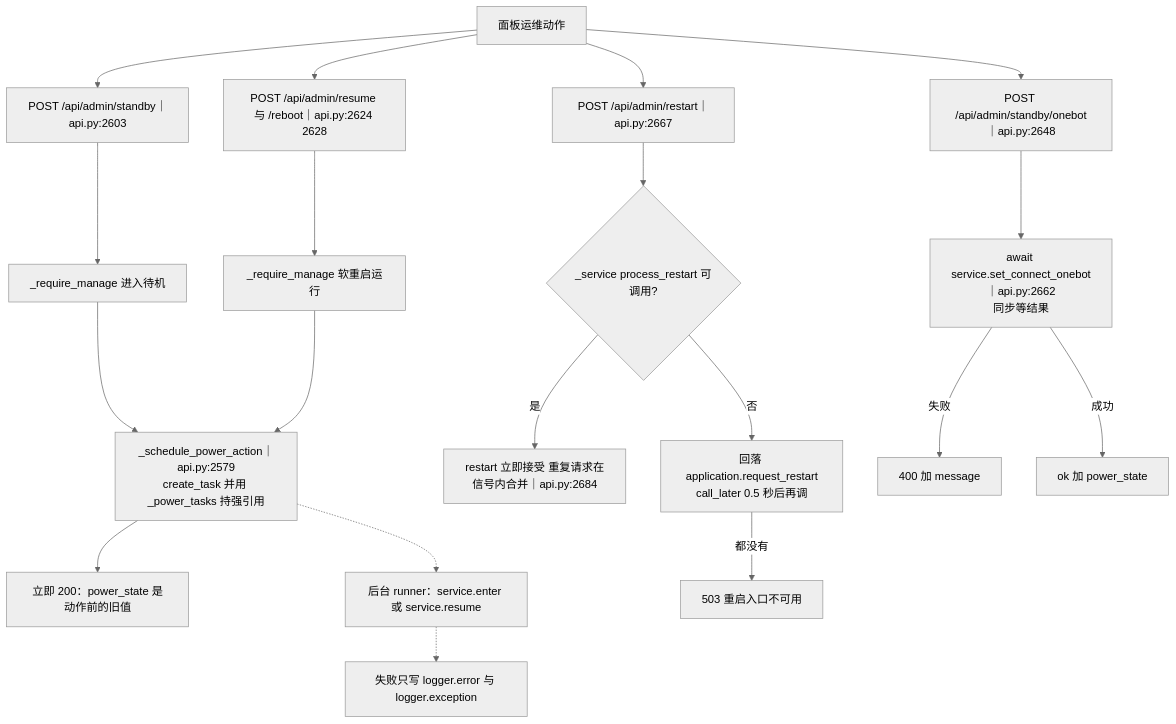
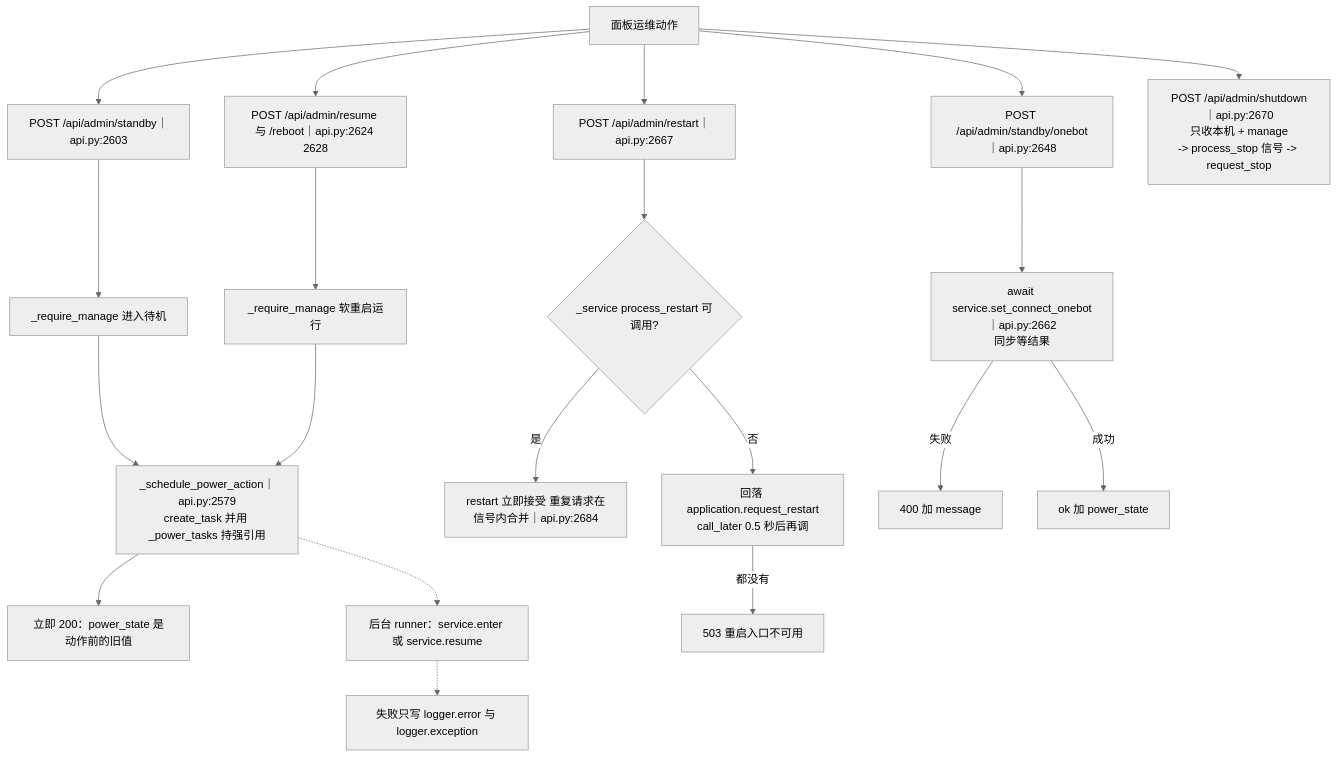
The ninth of 13 diagrams in docs/flow/09b-dashboard-api.md (SuperQuail/NeoBot), drawn with Mermaid (neutral theme) before and after one commit. The commit also changed other lines of this file and 69 other files, not shown here.

````diff
--- a/docs/flow/09b-dashboard-api.md
+++ b/docs/flow/09b-dashboard-api.md
@@ -369,21 +369,22 @@
 ```mermaid
 flowchart TD
     A["面板运维动作"] --> B["POST /api/admin/standby｜api.py:2603"]
     A --> C["POST /api/admin/resume 与 /reboot｜api.py:2624 2628"]
     A --> D["POST /api/admin/restart｜api.py:2667"]
     A --> E["POST /api/admin/standby/onebot｜api.py:2648"]
+    A --> F["POST /api/admin/shutdown｜api.py:2670<br/>只收本机 + manage<br/>-> process_stop 信号 -> request_stop"]
     B --> B0["_require_manage 进入待机"]
     C --> C0["_require_manage 软重启运行"]
     B0 --> B1["_schedule_power_action｜api.py:2579<br/>create_task 并用 _power_tasks 持强引用"]
     C0 --> B1
     B1 --> B2["立即 200：power_state 是动作前的旧值"]
     B1 -.-> B3["后台 runner：service.enter 或 service.resume"]
     B3 -.-> B4["失败只写 logger.error 与 logger.exception"]
     D --> D1{"_service process_restart 可调用?"}
     D1 -- 是 --> D2["restart 立即接受 重复请求在信号内合并｜api.py:2684"]
     D1 -- 否 --> D3["回落 application.request_restart<br/>call_later 0.5 秒后再调"]
     D3 -- 都没有 --> D4["503 重启入口不可用"]
     E --> E1["await service.set_connect_onebot｜api.py:2662<br/>同步等结果"]
     E1 -- 失败 --> E2["400 加 message"]
     E1 -- 成功 --> E3["ok 加 power_state"]
 ```
````
